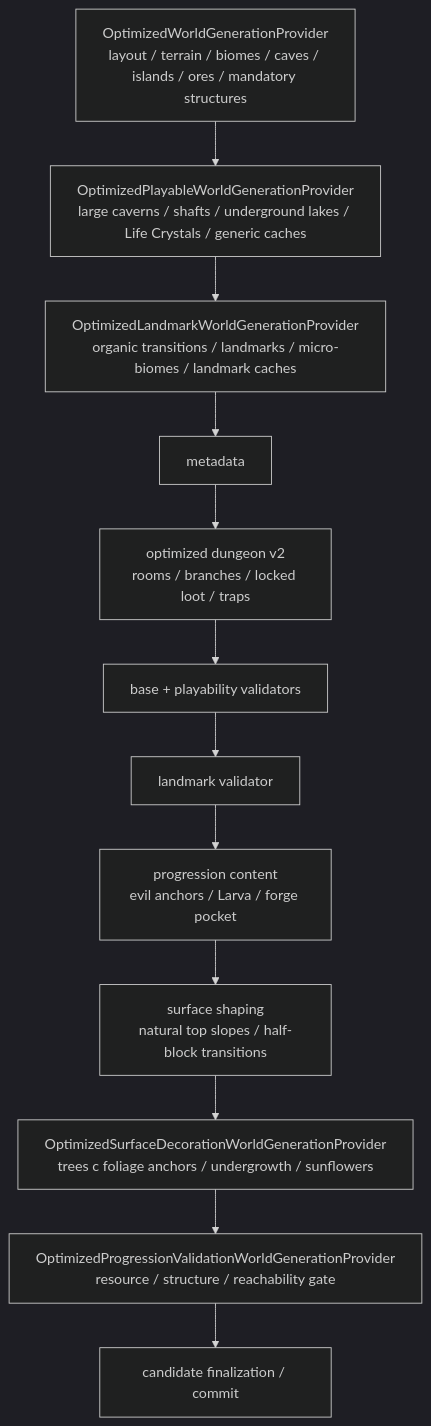
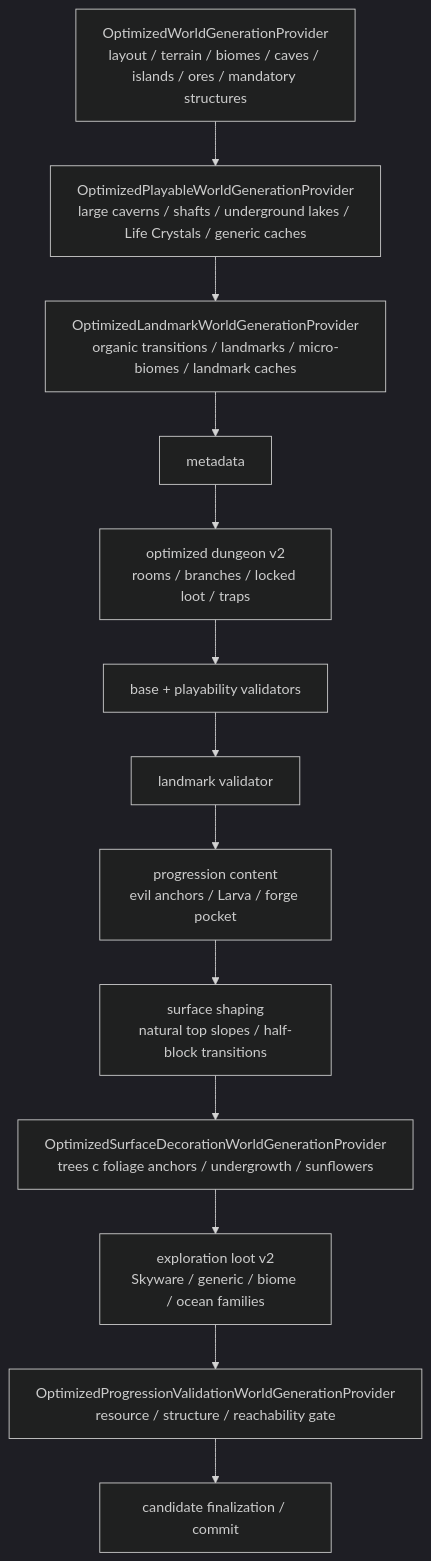
Before and after one commit to VegaKernel/TerraRuntime: the diagram in docs/ru/optimized-world-generation.md, drawn with Mermaid (dark theme). The commit also changed other lines of this file and 7 other files, not shown here.

First line of the commit message:
Add source-backed optimized exploration loot

````diff
--- a/docs/ru/optimized-world-generation.md
+++ b/docs/ru/optimized-world-generation.md
@@ -24,17 +24,18 @@
 ```mermaid
 flowchart TD
     Base["OptimizedWorldGenerationProvider<br/>layout / terrain / biomes / caves / islands / ores / mandatory structures"]
     Play["OptimizedPlayableWorldGenerationProvider<br/>large caverns / shafts / underground lakes / Life Crystals / generic caches"]
     Land["OptimizedLandmarkWorldGenerationProvider<br/>organic transitions / landmarks / micro-biomes / landmark caches"]
     Meta["metadata"]
     Dungeon["optimized dungeon v2<br/>rooms / branches / locked loot / traps"]
     PVal["base + playability validators"]
     LVal["landmark validator"]
     Content["progression content<br/>evil anchors / Larva / forge pocket"]
     Shape["surface shaping<br/>natural top slopes / half-block transitions"]
     Surf["OptimizedSurfaceDecorationWorldGenerationProvider<br/>trees с foliage anchors / undergrowth / sunflowers"]
+    Loot["exploration loot v2<br/>Skyware / generic / biome / ocean families"]
     Prog["OptimizedProgressionValidationWorldGenerationProvider<br/>resource / structure / reachability gate"]
     Commit["candidate finalization / commit"]
 
-    Base --> Play --> Land --> Meta --> Dungeon --> PVal --> LVal --> Content --> Shape --> Surf --> Prog --> Commit
+    Base --> Play --> Land --> Meta --> Dungeon --> PVal --> LVal --> Content --> Shape --> Surf --> Loot --> Prog --> Commit
 ```
````
